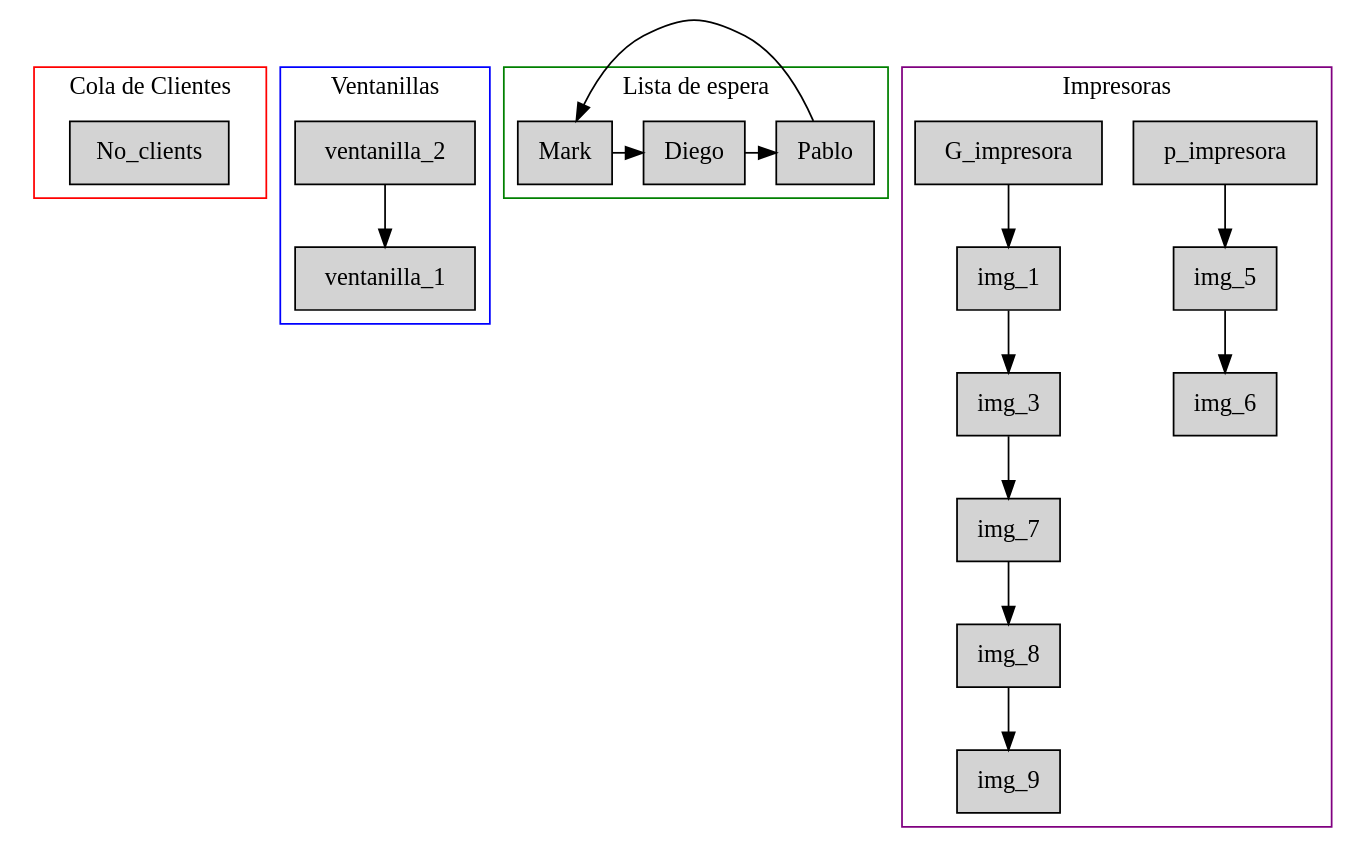
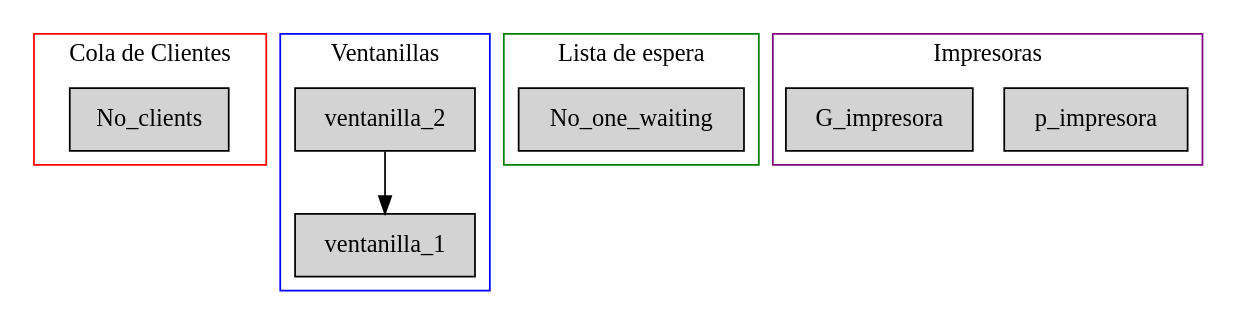
The diagram in graph.dot (DiegoCali/EDD_PROYECTO_202201128), drawn with Graphviz before and after one commit. The commit also changed 6 other files, not shown here.

```diff
--- a/graph.dot
+++ b/graph.dot
@@ -1,46 +1,34 @@
  digraph G{
  subgraph cluster_0{
  node [style=filled, shape=box];
  No_clients;
  label="Cola de Clientes";
  color=red;
  }
  subgraph cluster_1{
  node [style=filled, shape=box];
  ventanilla_2     -> ventanilla_1    ;
  label="Ventanillas";
  color=blue;
  }
  subgraph cluster_2{
  node [style=filled, shape=box];
  rank=same{
- client_0    [label="Diego"];
- client_0     -> client_1    ;
- client_1    [label="Pablo"];
- client_1     -> client_2    ;
- client_2    [label="Mark"];
- client_2     -> client_0    ;
+ No_one_waiting;
  };
  label="Lista de espera";
  color=green;
  }
  subgraph cluster_3{
  node [style=filled, shape=box];
  p_impresora;
- p_impresora -> img_5    ;
- img_5     -> img_6    ;
  label="Impresoras";
  color=purple;
  }
  subgraph cluster_3{
  node [style=filled, shape=box];
  G_impresora;
- G_impresora -> img_1    ;
- img_1     -> img_3    ;
- img_3     -> img_7    ;
- img_7     -> img_8    ;
- img_8     -> img_9    ;
  label="Impresoras";
  color=purple;
  }
  }
```
